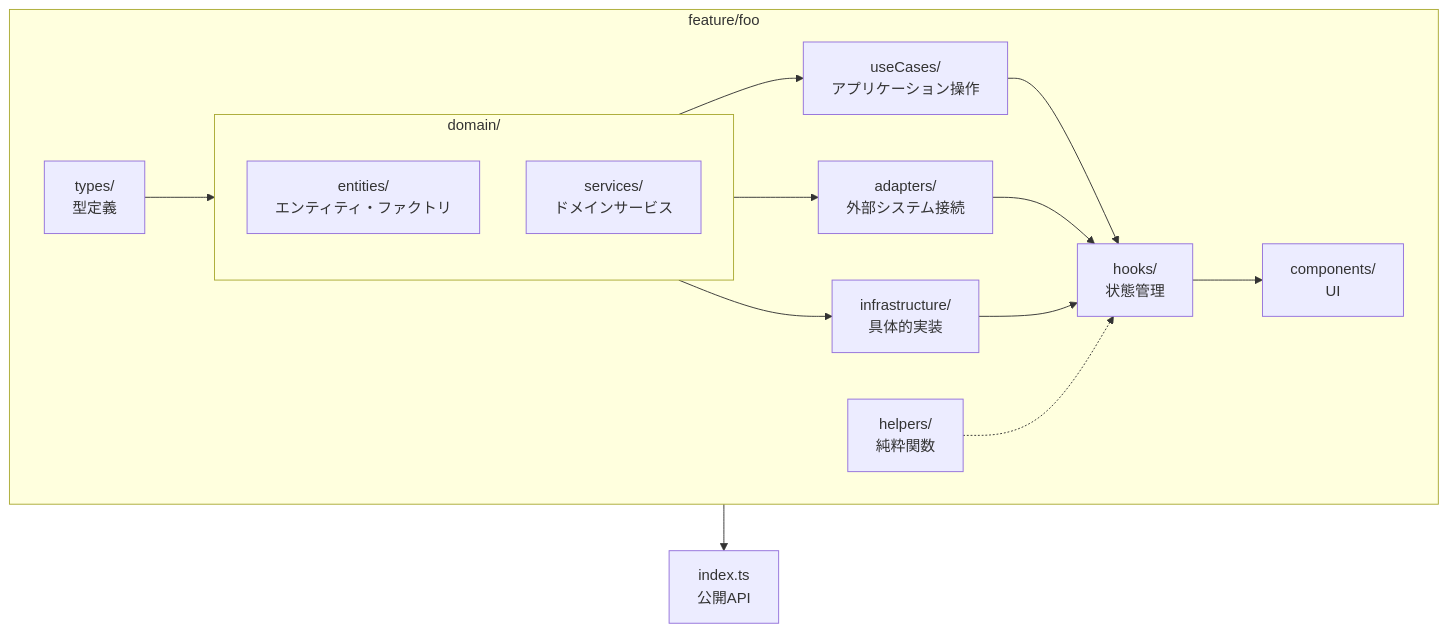
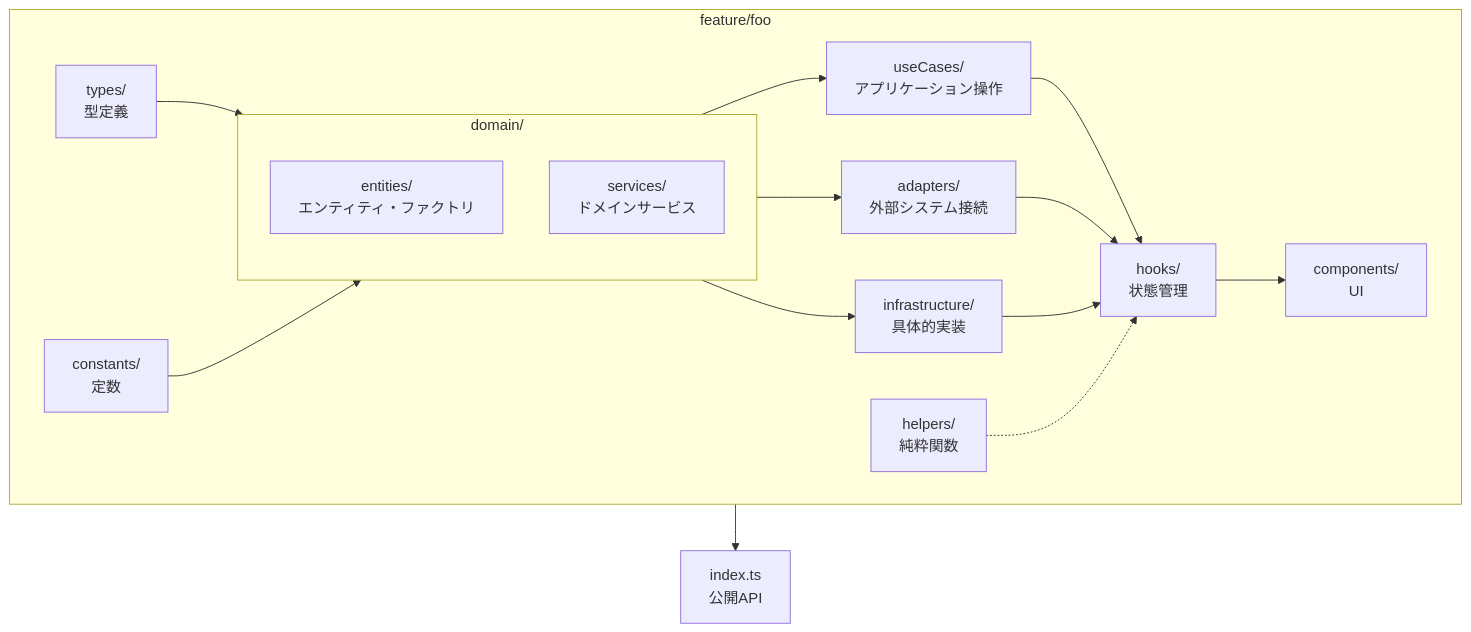
Before and after one commit to usapopopooon/paint: the diagram in README.md, drawn with Mermaid. The commit also changed other lines of this file and 32 other files, not shown here.

````diff
--- a/README.md
+++ b/README.md
@@ -34,32 +34,34 @@
 ```mermaid
 flowchart TB
     subgraph feature/foo
         types["types/<br/>型定義"]
+        constants["constants/<br/>定数"]
 
         subgraph domain["domain/"]
             entities["entities/<br/>エンティティ・ファクトリ"]
             services["services/<br/>ドメインサービス"]
         end
 
         useCases["useCases/<br/>アプリケーション操作"]
         adapters["adapters/<br/>外部システム接続"]
         infrastructure["infrastructure/<br/>具体的実装"]
         helpers["helpers/<br/>純粋関数"]
         hooks["hooks/<br/>状態管理"]
         components["components/<br/>UI"]
 
         types --> domain
+        constants --> domain
         domain --> useCases
         domain --> adapters
         domain --> infrastructure
         useCases --> hooks
         adapters --> hooks
         infrastructure --> hooks
         helpers -.-> hooks
         hooks --> components
     end
 
     entrypoint["index.ts<br/>公開API"]
 
     feature/foo --> entrypoint
 ```
````
